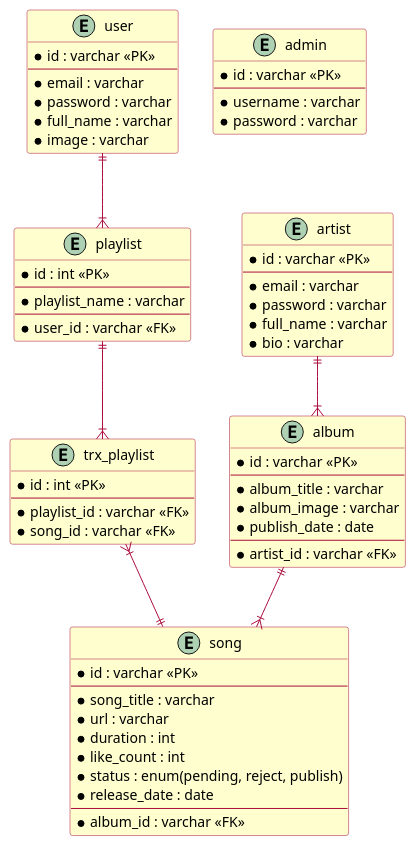
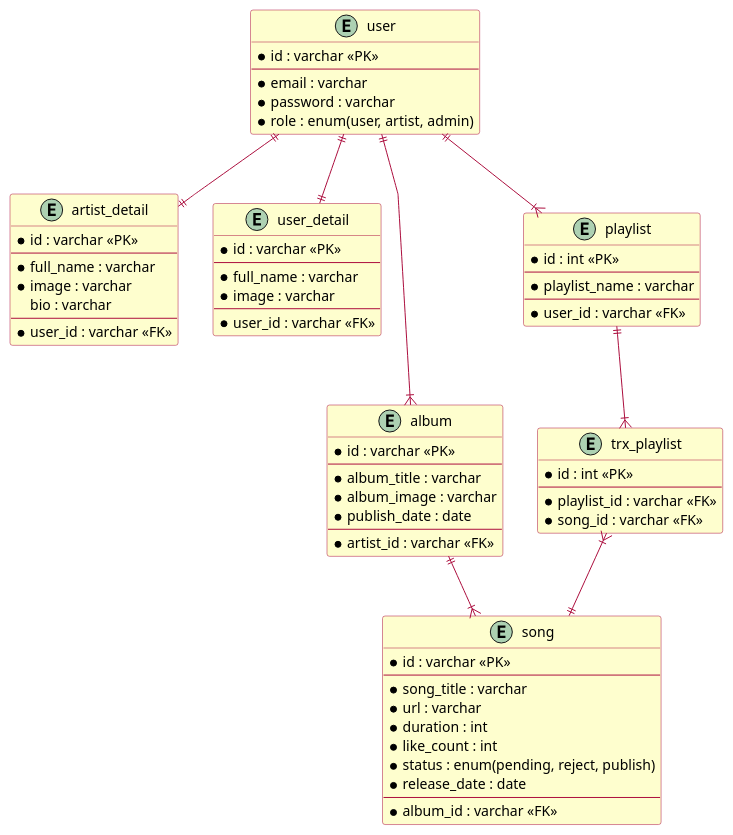
The diagram in backend/database/erd.puml (Mengkodingkan/Music-Player), drawn with PlantUML before and after one commit. The commit also changed 28 other files, not shown here.

```diff
--- a/backend/database/erd.puml
+++ b/backend/database/erd.puml
@@ -1,80 +1,85 @@
 @startuml
 
 
 skinparam class {
     BackgroundColor #fefece
     BorderColor ac0e3e
     ArrowColor ac0e3e
 }
 skinparam linetype polyline
 
 entity user {
 * id : varchar <<PK>>
 --
 * email : varchar
 * password : varchar
+* role : enum(user, artist, admin)
+}
+
+entity artist_detail {
+* id : varchar <<PK>>
+--
 * full_name : varchar
 * image : varchar
+bio : varchar
+--
+* user_id : varchar <<FK>>
 }
 
-entity artist {
+entity user_detail {
 * id : varchar <<PK>>
 --
-* email : varchar
-* password : varchar
 * full_name : varchar
-* bio : varchar
-}
-
-entity admin {
-* id : varchar <<PK>>
+* image : varchar
 --
-* username : varchar
-* password : varchar
+* user_id : varchar <<FK>>
 }
 
 entity album {
 * id : varchar <<PK>>
 --
 * album_title : varchar
 * album_image : varchar
 * publish_date : date
 --
 * artist_id : varchar <<FK>>
 }
 
 entity song {
 * id : varchar <<PK>>
 --
 * song_title : varchar
 * url : varchar
 * duration : int
 * like_count : int
 * status : enum(pending, reject, publish)
 * release_date : date
 --
 * album_id : varchar <<FK>>
 }
 
 entity playlist {
 * id : int <<PK>>
 --
 * playlist_name : varchar
 --
 * user_id : varchar <<FK>>
 }
 
 entity trx_playlist {
 * id : int <<PK>>
 --
 * playlist_id : varchar <<FK>>
 * song_id : varchar <<FK>>
 }
 
-artist ||--|{ album
+user ||--|| artist_detail
+user ||--|| user_detail
+
+user ||--|{ album
 album ||--|{ song
 
 playlist ||--|{ trx_playlist
 trx_playlist }|--|| song
 user ||--|{ playlist
 @enduml
```
